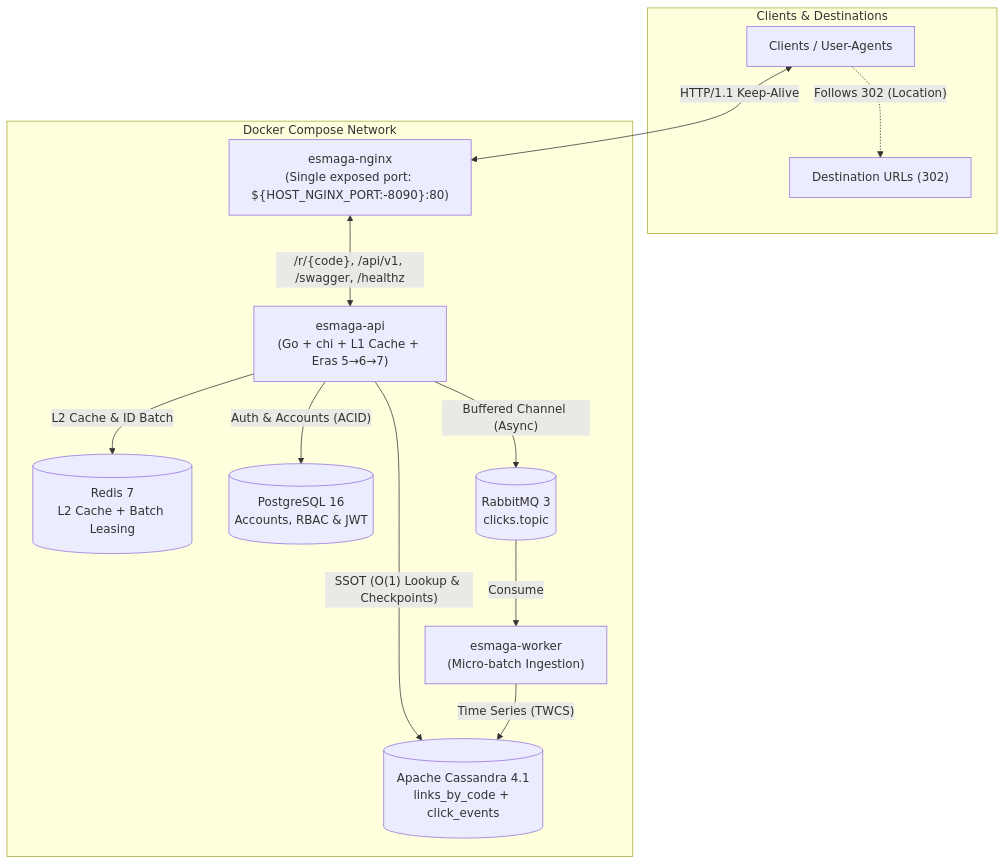
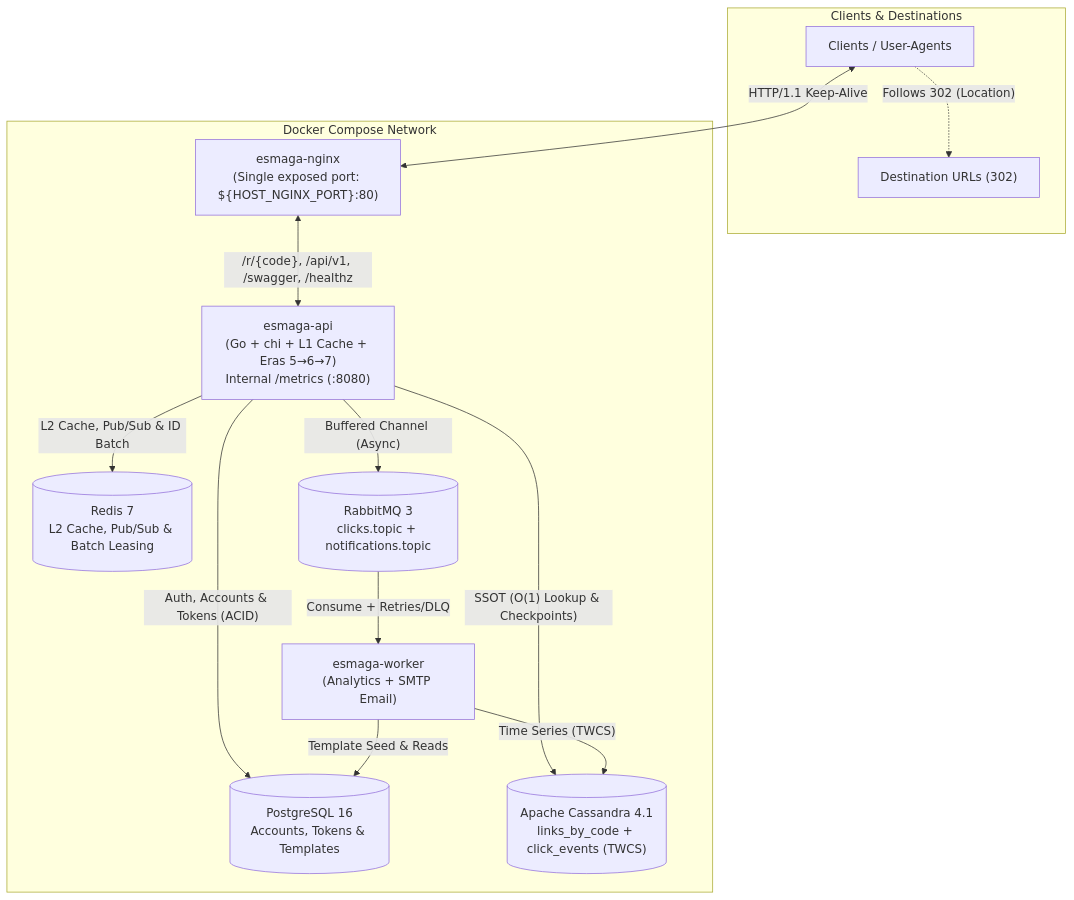
The diagram in README_EN.md (daviroodrigues/esmaga-link), drawn with Mermaid before and after one commit. The commit also changed other lines of this file and 5 other files, not shown here.

````diff
--- a/README_EN.md
+++ b/README_EN.md
@@ -153,29 +156,30 @@
 ```mermaid
 flowchart TD
     subgraph External["Clients & Destinations"]
         Clients["Clients / User-Agents"]
         Targets["Destination URLs (302)"]
     end
 
     subgraph Network["Docker Compose Network"]
-        Nginx["esmaga-nginx\n(Single exposed port: ${HOST_NGINX_PORT:-8090}:80)"]
-        API["esmaga-api\n(Go + chi + L1 Cache + Eras 5→6→7)"]
-        Redis[("Redis 7\nL2 Cache + Batch Leasing")]
-        Postgres[("PostgreSQL 16\nAccounts, RBAC & JWT")]
-        Cassandra[("Apache Cassandra 4.1\nlinks_by_code + click_events")]
-        RabbitMQ[("RabbitMQ 3\nclicks.topic")]
-        Worker["esmaga-worker\n(Micro-batch Ingestion)"]
+        Nginx["esmaga-nginx\n(Single exposed port: ${HOST_NGINX_PORT}:80)"]
+        API["esmaga-api\n(Go + chi + L1 Cache + Eras 5→6→7)\nInternal /metrics (:8080)"]
+        Redis[("Redis 7\nL2 Cache, Pub/Sub & Batch Leasing")]
+        Postgres[("PostgreSQL 16\nAccounts, Tokens & Templates")]
+        Cassandra[("Apache Cassandra 4.1\nlinks_by_code + click_events (TWCS)")]
+        RabbitMQ[("RabbitMQ 3\nclicks.topic + notifications.topic")]
+        Worker["esmaga-worker\n(Analytics + SMTP Email)"]
     end
 
     Clients <-->|"HTTP/1.1 Keep-Alive"| Nginx
     Nginx <-->|"/r/{code}, /api/v1, /swagger, /healthz"| API
     Clients -.->|"Follows 302 (Location)"| Targets
 
-    API -->|"L2 Cache & ID Batch"| Redis
-    API -->|"Auth & Accounts (ACID)"| Postgres
+    API -->|"L2 Cache, Pub/Sub & ID Batch"| Redis
+    API -->|"Auth, Accounts & Tokens (ACID)"| Postgres
     API -->|"SSOT (O(1) Lookup & Checkpoints)"| Cassandra
     API -->|"Buffered Channel (Async)"| RabbitMQ
 
-    RabbitMQ -->|"Consume"| Worker
+    RabbitMQ -->|"Consume + Retries/DLQ"| Worker
     Worker -->|"Time Series (TWCS)"| Cassandra
+    Worker -->|"Template Seed & Reads"| Postgres
 ```
````
